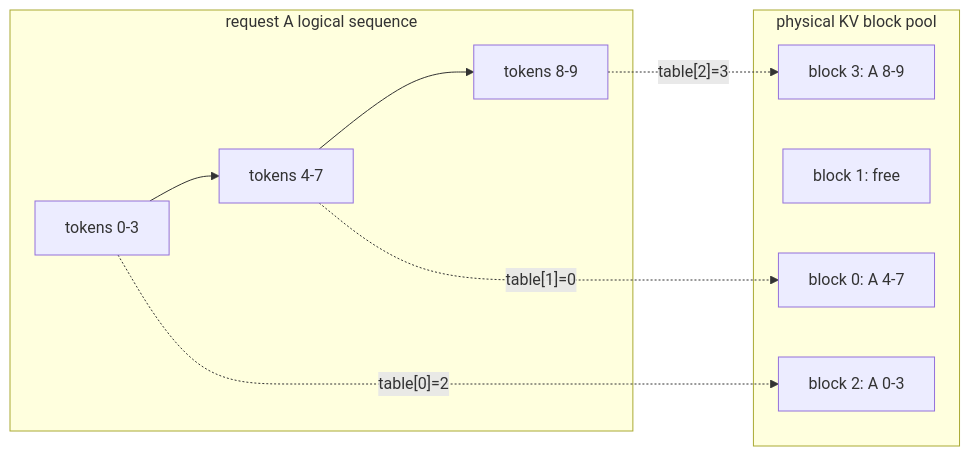
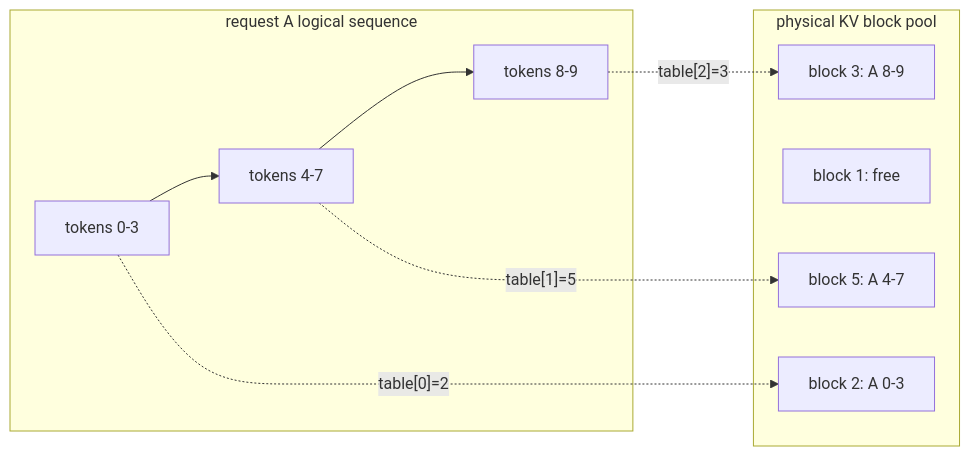
Before and after one commit to cluster1900/vllm_reader: the second of 42 diagrams in book/06-paged-attention/README.md, drawn with Mermaid. The commit also changed other lines of this file and 38 other files, not shown here.

````diff
--- a/book/06-paged-attention/README.md
+++ b/book/06-paged-attention/README.md
@@ -94,15 +102,15 @@
 ```mermaid
 flowchart LR
     subgraph Logical["request A logical sequence"]
         L0["tokens 0-3"] --> L1["tokens 4-7"] --> L2["tokens 8-9"]
     end
     subgraph Physical["physical KV block pool"]
-        P0["block 0: A 4-7"]
+        P0["block 5: A 4-7"]
         P1["block 1: free"]
         P2["block 2: A 0-3"]
         P3["block 3: A 8-9"]
     end
     L0 -. "table[0]=2" .-> P2
-    L1 -. "table[1]=0" .-> P0
+    L1 -. "table[1]=5" .-> P0
     L2 -. "table[2]=3" .-> P3
 ```
````
